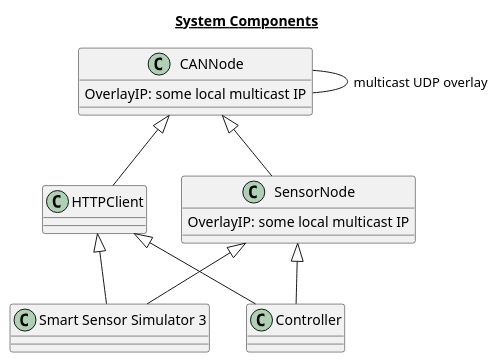
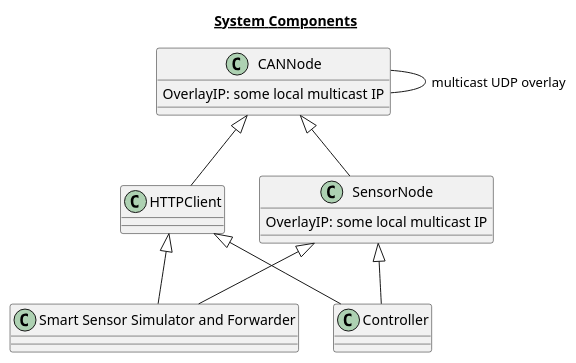
One commit to SystemsCyber/Software-Defined-Truck changed the first of 7 diagrams in Doc/Documentation.md. Above: the diagram before and after it, drawn with PlantUML. The commit also changed 49 other files, not shown here.

````diff
--- a/Doc/Documentation.md
+++ b/Doc/Documentation.md
@@ -15,21 +15,21 @@
 ```plantuml
 @startuml
 title <u> System Components</u>
-class "Smart Sensor Simulator 3" as SSSF
+class "Smart Sensor Simulator and Forwarder" as SSSF
 class Controller
 class HTTPClient
 class CANNode{
     OverlayIP: some local multicast IP
 }
 class SensorNode{
     OverlayIP: some local multicast IP
 }
 CANNode <|-d- SensorNode
 CANNode <|-d- HTTPClient
 HTTPClient <|-d- Controller
 HTTPClient <|-d- SSSF
 SensorNode <|-d- Controller
 SensorNode <|-d- SSSF
 CANNode -- CANNode: multicast UDP overlay
 @enduml
 ```
````
